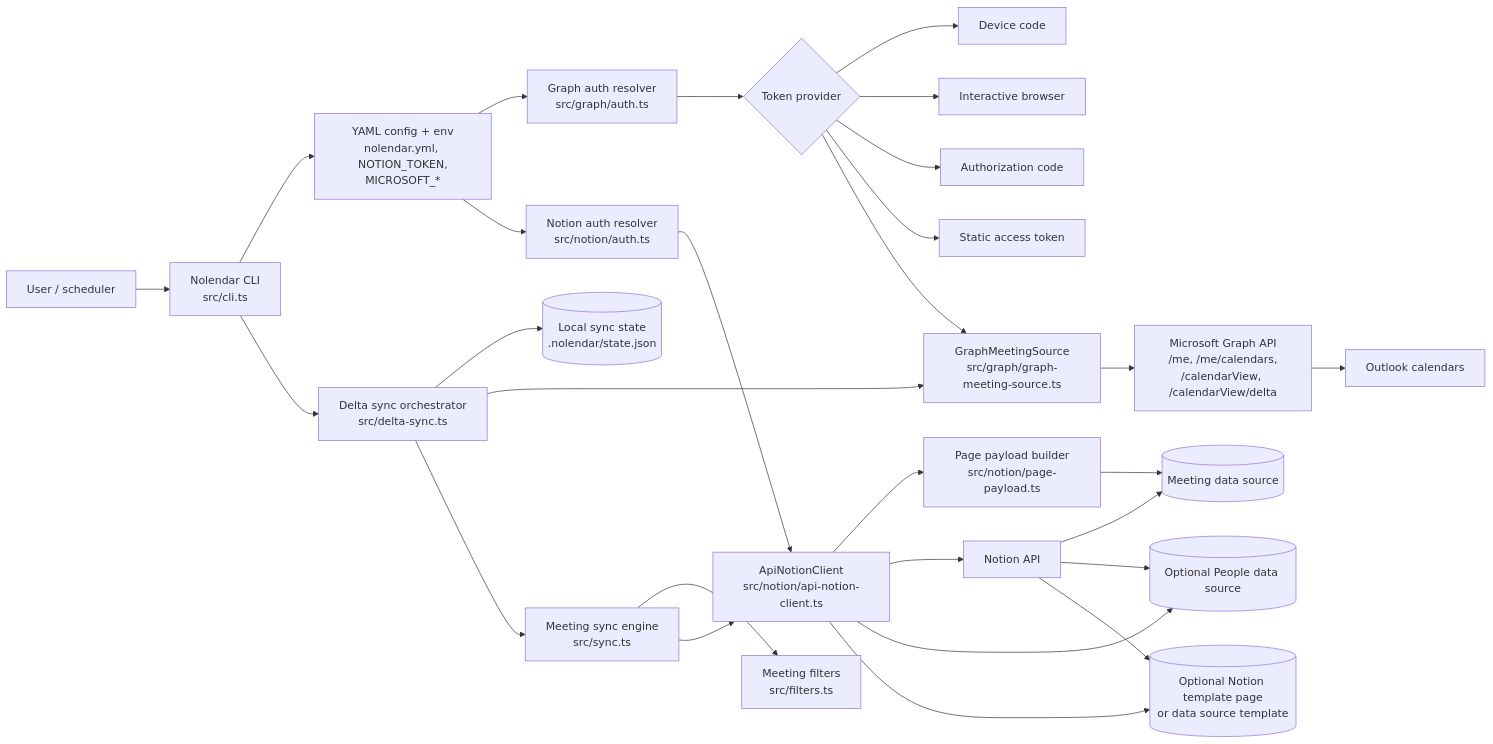
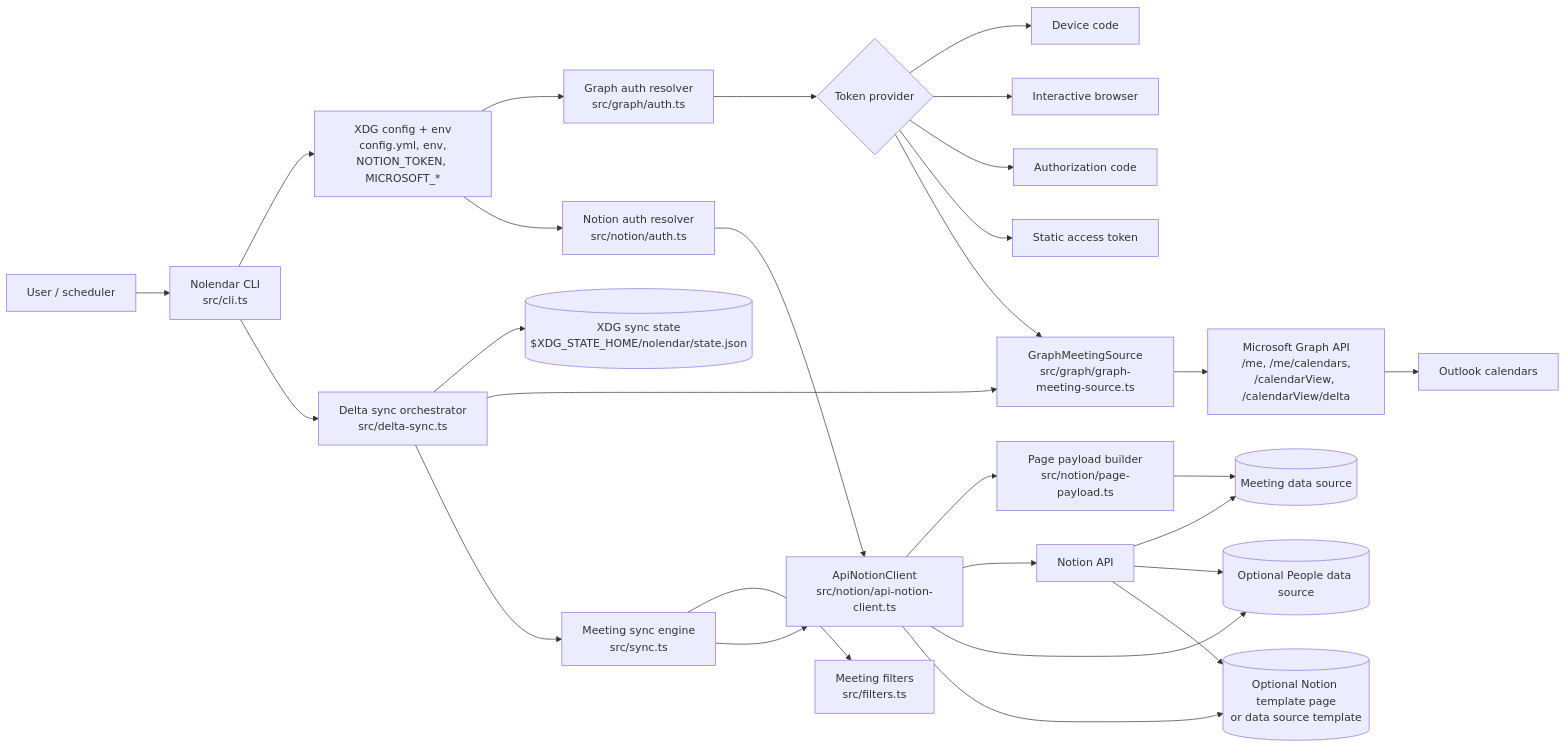
Before and after one commit to rex-sheridan/nolendar: the first of 2 diagrams in docs/architecture.md, drawn with Mermaid. The commit also changed other lines of this file and 16 other files, not shown here.

````diff
--- a/docs/architecture.md
+++ b/docs/architecture.md
@@ -7,36 +7,36 @@
 ```mermaid
 flowchart LR
   user[User / scheduler] --> cli[Nolendar CLI<br/>src/cli.ts]
-  cli --> config[YAML config + env<br/>nolendar.yml, NOTION_TOKEN,<br/>MICROSOFT_*]
+  cli --> config[XDG config + env<br/>config.yml, env,<br/>NOTION_TOKEN, MICROSOFT_*]
 
   config --> graphAuth[Graph auth resolver<br/>src/graph/auth.ts]
   graphAuth --> tokenProvider{Token provider}
   tokenProvider --> device[Device code]
   tokenProvider --> browser[Interactive browser]
   tokenProvider --> authCode[Authorization code]
   tokenProvider --> staticToken[Static access token]
 
   tokenProvider --> graphSource[GraphMeetingSource<br/>src/graph/graph-meeting-source.ts]
   graphSource --> msGraph[Microsoft Graph API<br/>/me, /me/calendars,<br/>/calendarView, /calendarView/delta]
   msGraph --> outlook[Outlook calendars]
 
   cli --> orchestrator[Delta sync orchestrator<br/>src/delta-sync.ts]
-  orchestrator --> state[(Local sync state<br/>.nolendar/state.json)]
+  orchestrator --> state[(XDG sync state<br/>$XDG_STATE_HOME/nolendar/state.json)]
   orchestrator --> graphSource
   orchestrator --> syncEngine[Meeting sync engine<br/>src/sync.ts]
 
   config --> notionAuth[Notion auth resolver<br/>src/notion/auth.ts]
   notionAuth --> notionClient[ApiNotionClient<br/>src/notion/api-notion-client.ts]
   syncEngine --> filters[Meeting filters<br/>src/filters.ts]
   syncEngine --> notionClient
   notionClient --> payloadBuilder[Page payload builder<br/>src/notion/page-payload.ts]
   notionClient --> notionApi[Notion API]
 
   notionApi --> meetingDs[(Meeting data source)]
   notionApi --> peopleDs[(Optional People data source)]
   notionApi --> templates[(Optional Notion template page<br/>or data source template)]
 
   payloadBuilder --> meetingDs
   notionClient --> peopleDs
   notionClient --> templates
 ```
````
